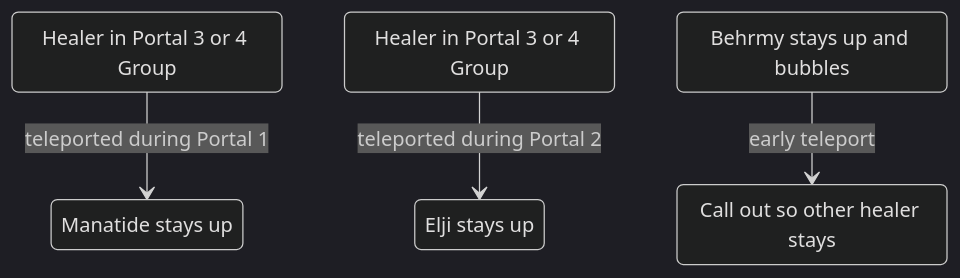
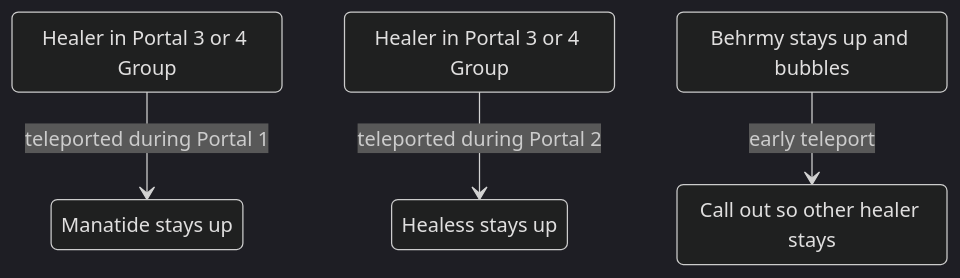
One commit to leemWF/READMEVault changed the third of 11 diagrams in wepulled/swp/README.md. Above: the diagram before and after it, drawn with Mermaid (dark theme). The commit also changed other lines of this file, not shown here.

````diff
--- a/wepulled/swp/README.md
+++ b/wepulled/swp/README.md
@@ -49,14 +48,14 @@
 ```mermaid
 stateDiagram-v2
     s1: Healer in Portal 3 or 4 Group
     s2: Manatide stays up
     s1 --> s2: teleported during Portal 1
 
     s3: Healer in Portal 3 or 4 Group
-    s4: Elji stays up
+    s4: Healess stays up
     s3 --> s4: teleported during Portal 2
 
     s5: Behrmy stays up and bubbles
     s6: Call out so other healer stays
     s5 --> s6: early teleport
 ```
````
